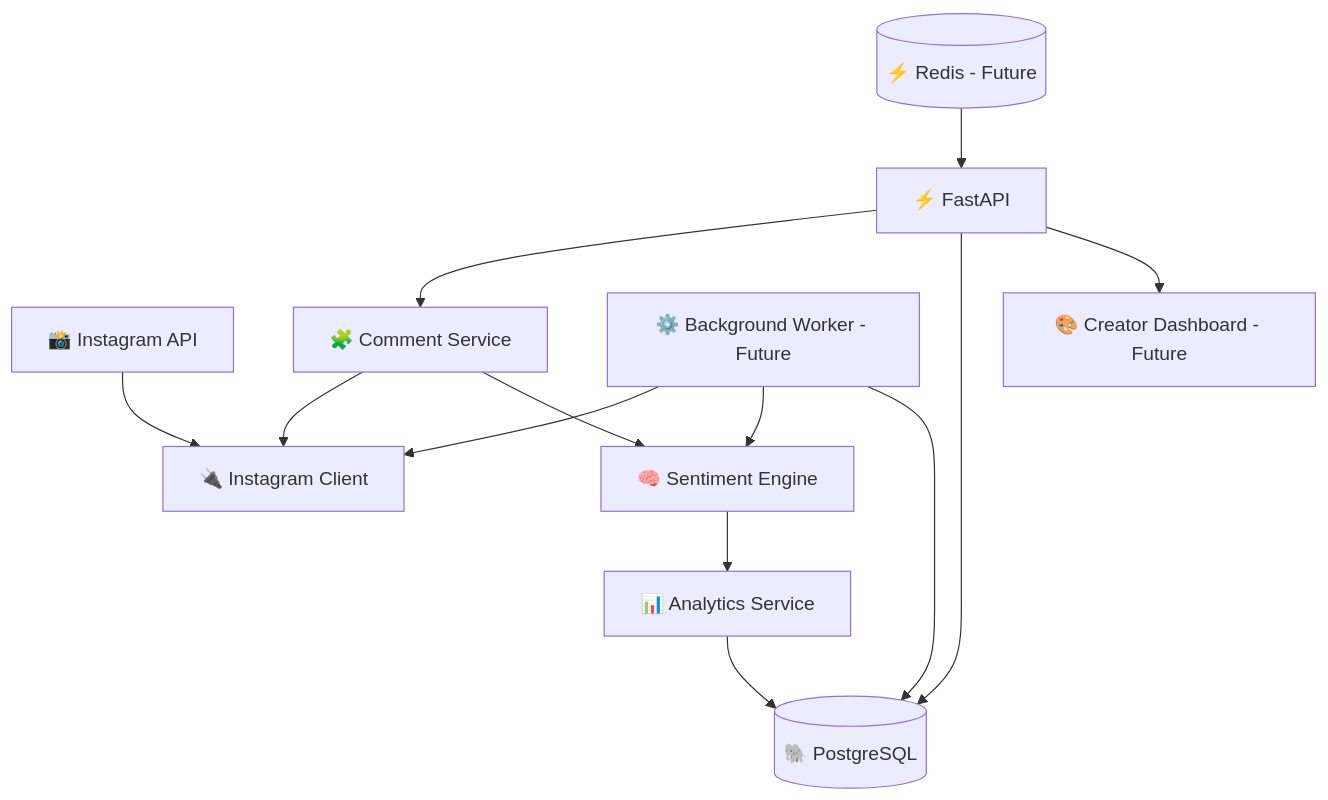
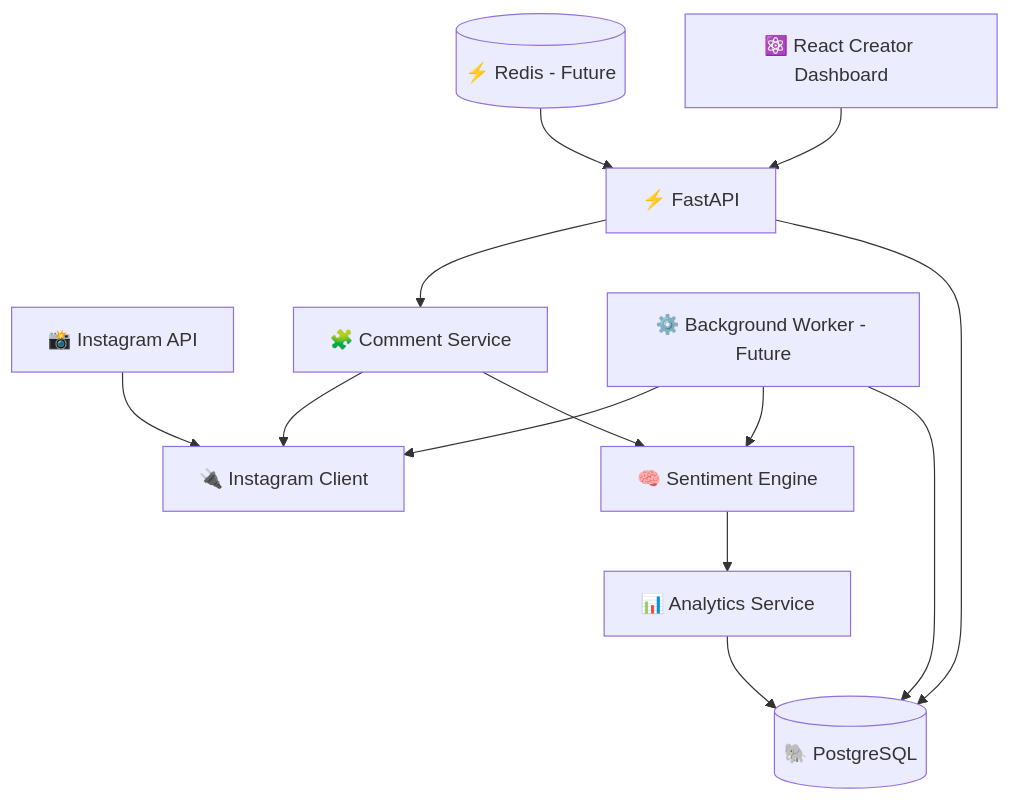
The diagram in README.md (summiya/Veya), drawn with Mermaid before and after one commit. The commit also changed other lines of this file, not shown here.

Commit message:
docs: update foundation stack with React and agent workflow

````diff
--- a/README.md
+++ b/README.md
@@ -225,26 +227,26 @@
 ```mermaid
 flowchart TD
     IG[📸 Instagram API]
     API[⚡ FastAPI]
     CLIENT[🔌 Instagram Client]
     SERVICE[🧩 Comment Service]
     NLP[🧠 Sentiment Engine]
     ANALYTICS[📊 Analytics Service]
     DB[(🐘 PostgreSQL)]
     CACHE[(⚡ Redis - Future)]
     WORKER[⚙️ Background Worker - Future]
-    UI[🎨 Creator Dashboard - Future]
+    UI[⚛️ React Creator Dashboard]
 
     IG --> CLIENT
     API --> SERVICE
     SERVICE --> CLIENT
     SERVICE --> NLP
     NLP --> ANALYTICS
     ANALYTICS --> DB
     API --> DB
     WORKER --> CLIENT
     WORKER --> NLP
     WORKER --> DB
     CACHE --> API
-    API --> UI
+    UI --> API
 ```
````
